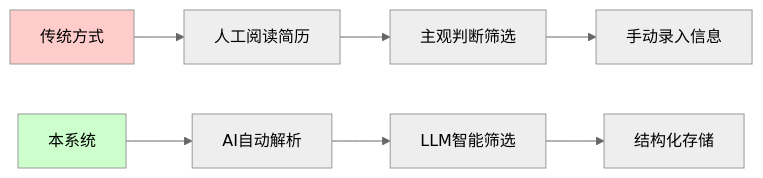
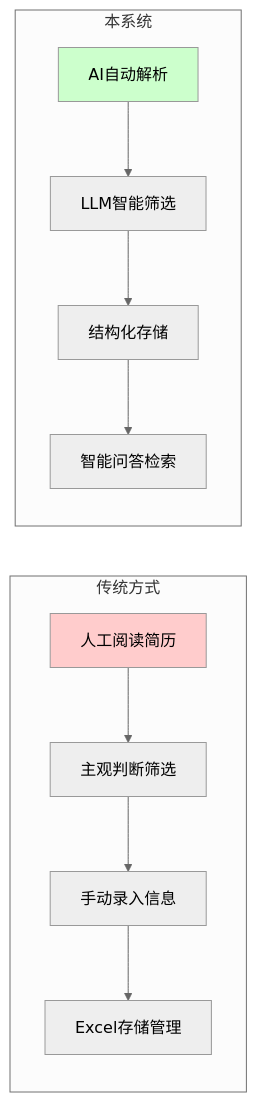
One commit to xt765/ResumeScreening changed the first of 14 diagrams in README.md. Above: the diagram before and after it, drawn with Mermaid (neutral theme). The commit also changed other lines of this file and 2 other files, not shown here.

First line of the commit message:
docs: README添加详细文字讲解，实现图文并茂

````diff
--- a/README.md
+++ b/README.md
@@ -23,13 +29,17 @@
 ```mermaid
 graph LR
-    A[传统方式] --> B[人工阅读简历]
-    B --> C[主观判断筛选]
-    C --> D[手动录入信息]
+    subgraph 传统方式
+        A1[人工阅读简历] --> A2[主观判断筛选]
+        A2 --> A3[手动录入信息]
+        A3 --> A4[Excel存储管理]
+    end
     
-    E[本系统] --> F[AI自动解析]
-    F --> G[LLM智能筛选]
-    G --> H[结构化存储]
+    subgraph 本系统
+        B1[AI自动解析] --> B2[LLM智能筛选]
+        B2 --> B3[结构化存储]
+        B3 --> B4[智能问答检索]
+    end
     
-    style A fill:#ffcccc
-    style E fill:#ccffcc
+    style A1 fill:#ffcccc
+    style B1 fill:#ccffcc
 ```
````
